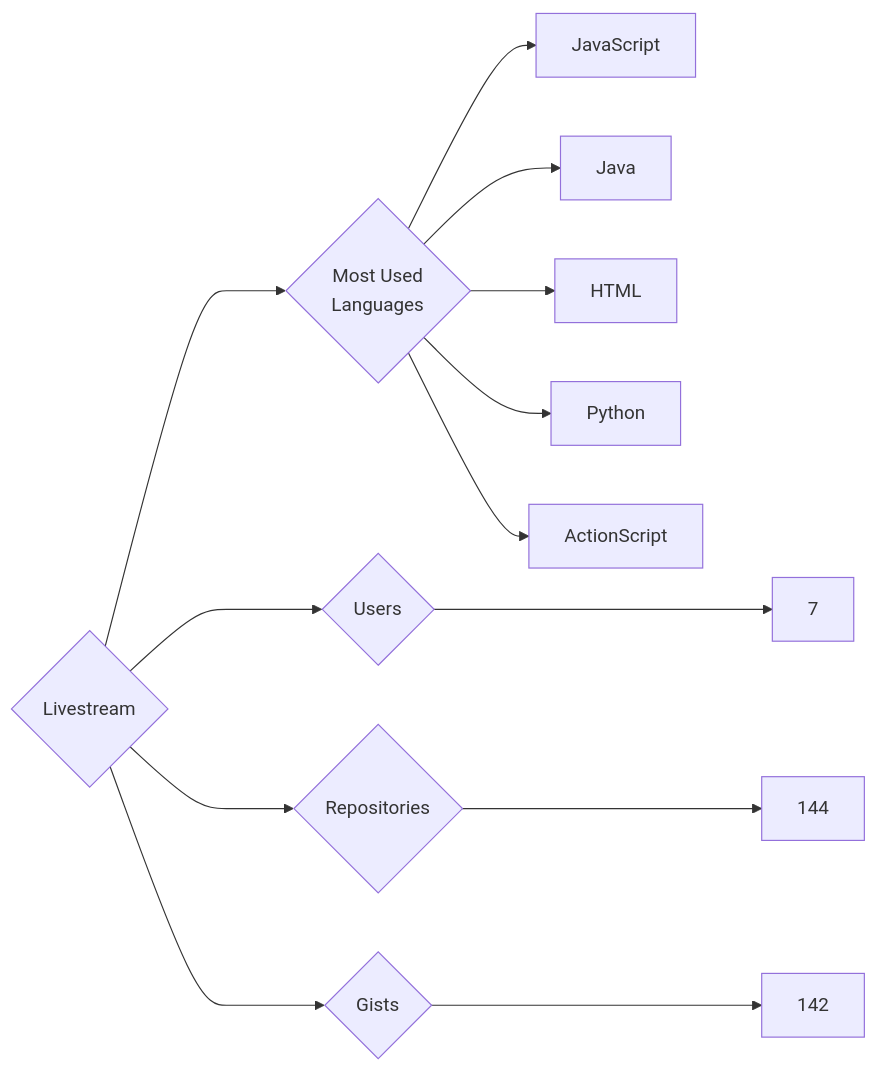
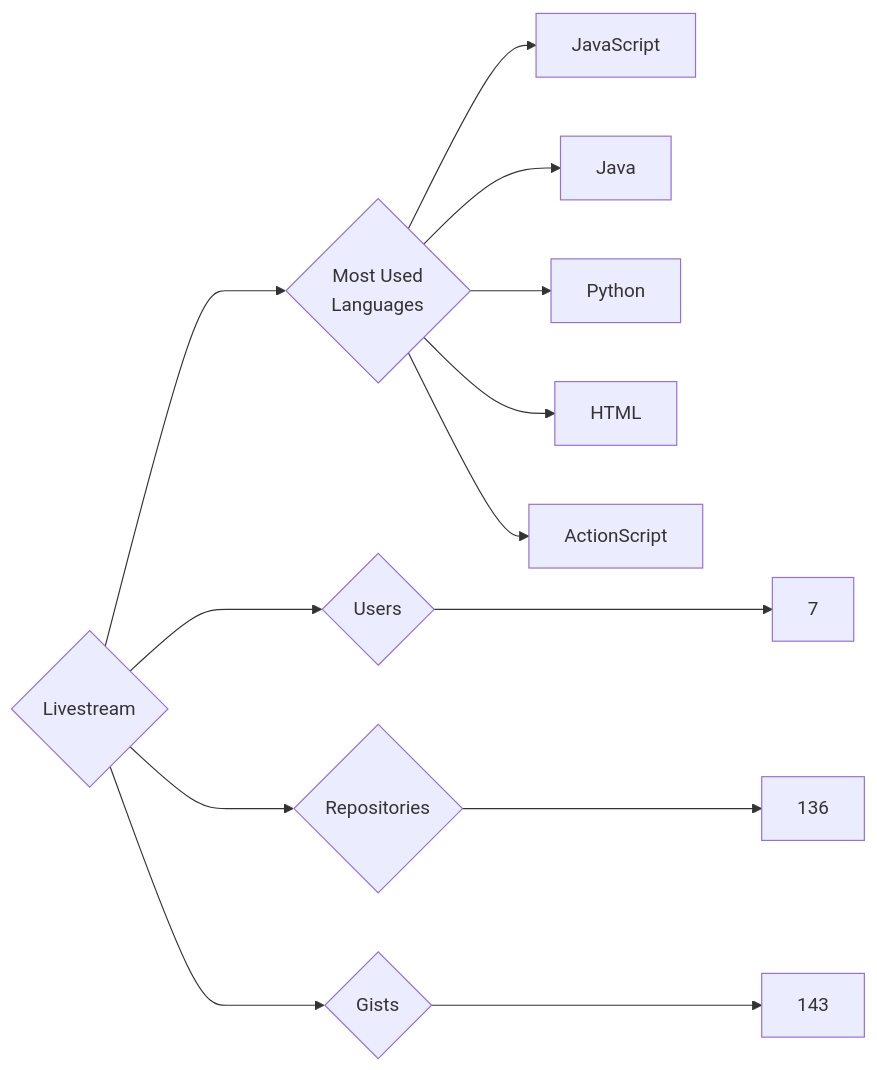
One commit to trickest/insiders changed the diagram in targets/Livestream/README.md. Above: the diagram before and after it, drawn with Mermaid. The commit also changed 835 other files, not shown here.

````diff
--- a/targets/Livestream/README.md
+++ b/targets/Livestream/README.md
@@ -3,13 +3,13 @@
 ```mermaid
 graph LR
 COMPANY_NAME{Livestream}
 COMPANY_NAME ---> U{Users} ---> UN[7]
-COMPANY_NAME ---> R{Repositories} ---> RN[144]
-COMPANY_NAME ---> G{Gists} ---> GN[142]
+COMPANY_NAME ---> R{Repositories} ---> RN[136]
+COMPANY_NAME ---> G{Gists} ---> GN[143]
 COMPANY_NAME ---> ML{Most Used<br>Languages}
 ML --> JavaScript[JavaScript]
 ML --> Java[Java]
+ML --> Python[Python]
 ML --> HTML[HTML]
-ML --> Python[Python]
 ML --> ActionScript[ActionScript]
 ```
````
